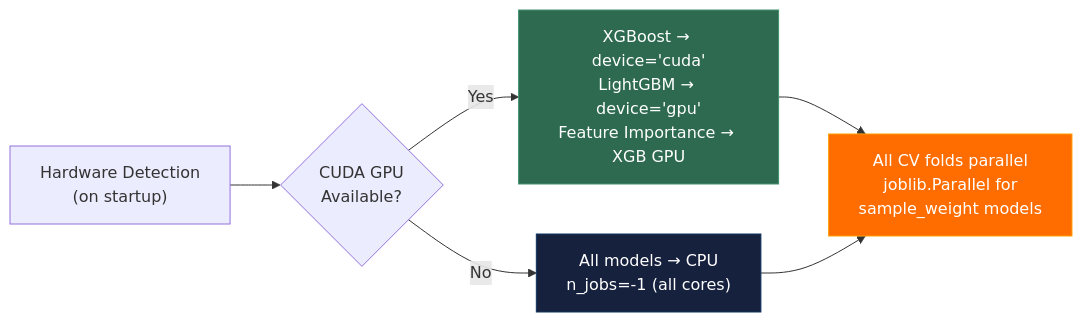
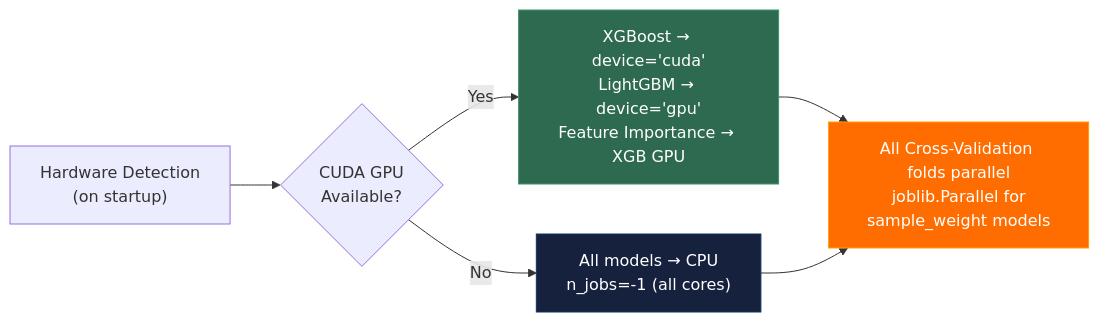
The sixth of 7 diagrams in PIPELINE_FLOW_CLEAN.md (VICKYPATIL2525/Mindspace-ml-pipeline-text-to-mentel-health-class), drawn with Mermaid before and after one commit. The commit also changed other lines of this file, not shown here.

Commit message:
Flow update

````diff
--- a/PIPELINE_FLOW_CLEAN.md
+++ b/PIPELINE_FLOW_CLEAN.md
@@ -223,18 +223,18 @@
 ```mermaid
 flowchart LR
     HW["Hardware Detection\n(on startup)"]
     GPU{"CUDA GPU\nAvailable?"}
     YES_GPU["XGBoost → device='cuda'\nLightGBM → device='gpu'\nFeature Importance → XGB GPU"]
     NO_GPU["All models → CPU\nn_jobs=-1 (all cores)"]
-    PARALLEL["All CV folds parallel\njoblib.Parallel for\nsample_weight models"]
+    PARALLEL["All Cross-Validation folds parallel\njoblib.Parallel for\nsample_weight models"]
 
     HW --> GPU
     GPU -->|Yes| YES_GPU
     GPU -->|No| NO_GPU
     YES_GPU --> PARALLEL
     NO_GPU --> PARALLEL
 
     style YES_GPU fill:#2d6a4f,stroke:#40916c,color:#fff
     style NO_GPU fill:#16213e,stroke:#0f3460,color:#fff
     style PARALLEL fill:#ff6d00,stroke:#ff9e00,color:#fff
 ```
````
